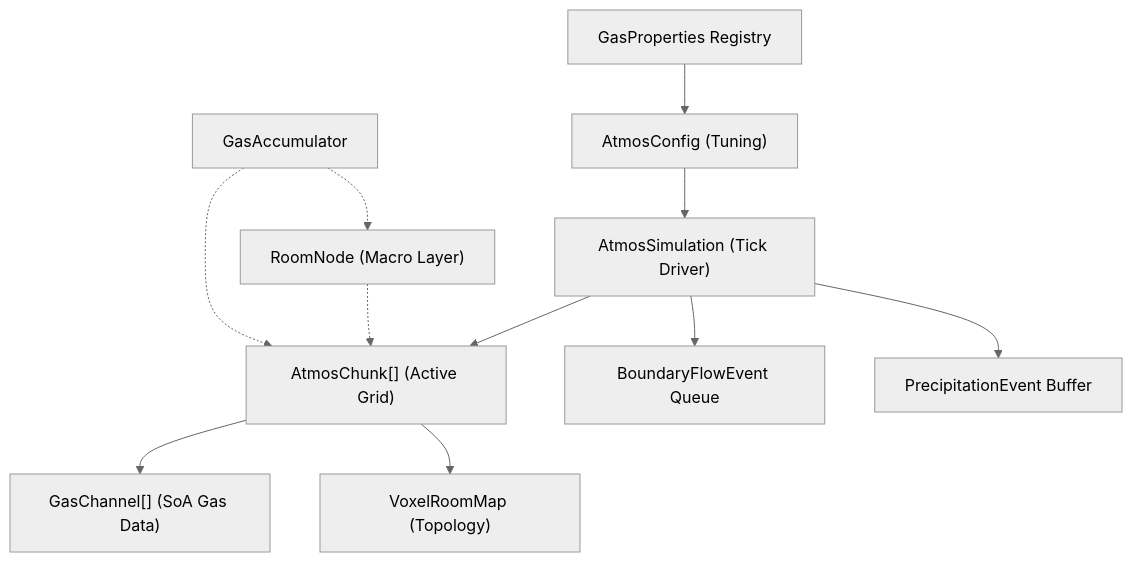
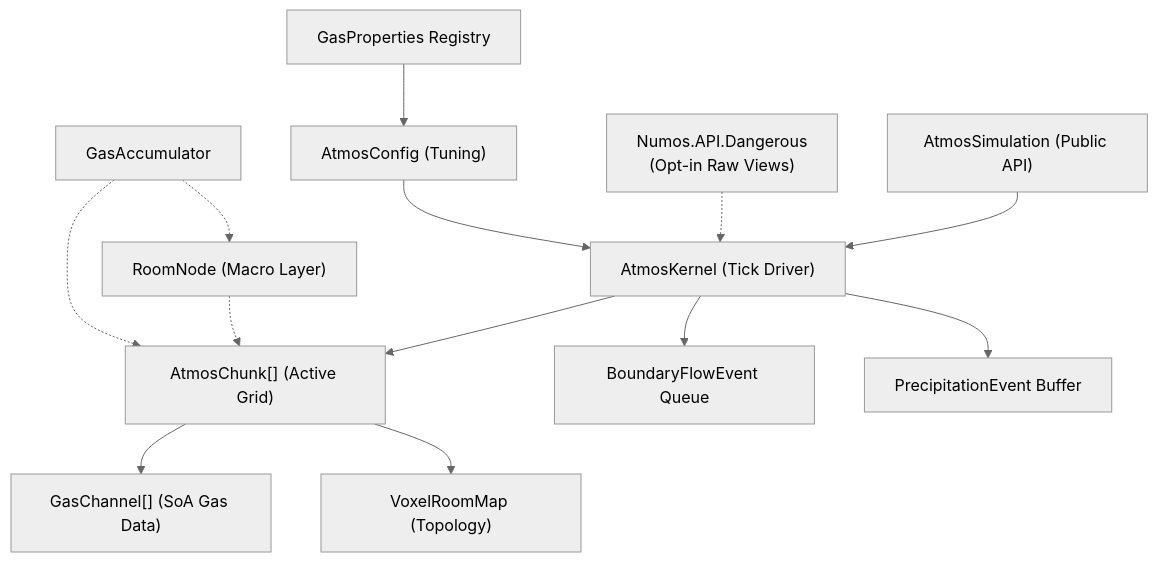
Before and after one commit to ArtisticRoomba/Numos: the diagram in docs/atmospherics_technical_documentation.md, drawn with Mermaid (neutral theme). The commit also changed other lines of this file and 29 other files, not shown here.

````diff
--- a/docs/atmospherics_technical_documentation.md
+++ b/docs/atmospherics_technical_documentation.md
@@ -64,13 +68,16 @@
 ```mermaid
 graph TD
-    A["AtmosSimulation (Tick Driver)"] --> B["AtmosChunk[] (Active Grid)"]
+    API["AtmosSimulation (Public API)"] --> A["AtmosKernel (Tick Driver)"]
+    DANGER["Numos.API.Dangerous
+    (Opt-in Raw Views)"] -.-> A
+    A --> B["AtmosChunk[] (Active Grid)"]
     B --> C["GasChannel[] (SoA Gas Data)"]
     B --> D["VoxelRoomMap (Topology)"]
     A --> E["BoundaryFlowEvent Queue"]
     A --> F["PrecipitationEvent Buffer"]
     G["AtmosConfig (Tuning)"] --> A
     H["GasProperties Registry"] --> G
     I["RoomNode (Macro Layer)"] -.-> B
     J["GasAccumulator"] -.-> I
     J -.-> B
 ```
````
